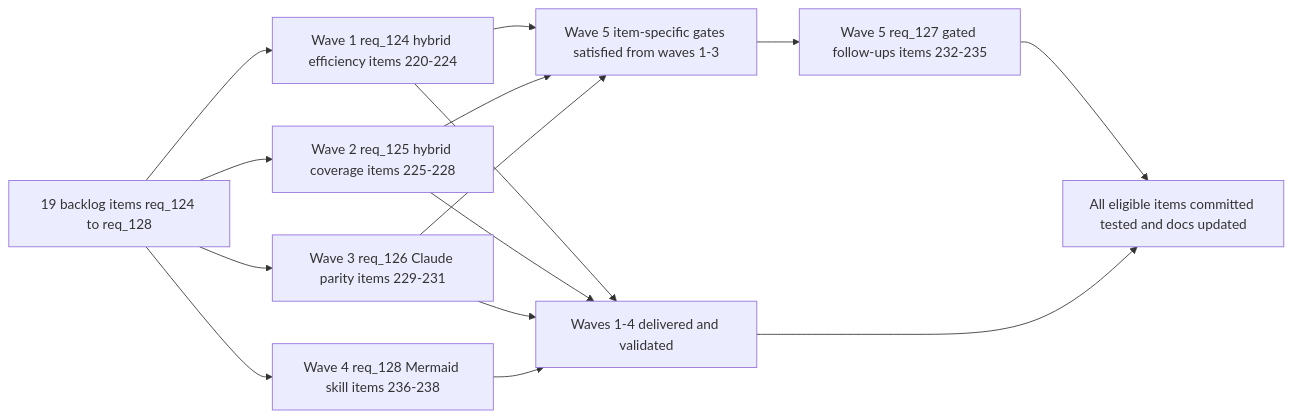
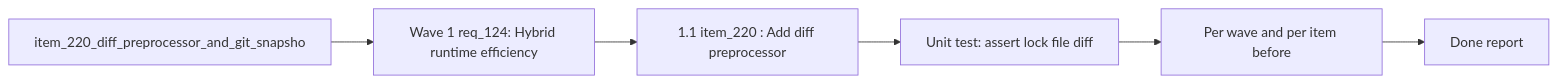
The diagram in logics/tasks/task_112_orchestration_delivery_for_req_124_to_req_128_across_hybrid_efficiency_claude_parity_and_mermaid_skill.md (AlexAgo83/logics-manager), drawn with Mermaid before and after one commit. The commit also changed other lines of this file and 481 other files, not shown here.

````diff
--- a/logics/tasks/task_112_orchestration_delivery_for_req_124_to_req_128_across_hybrid_efficiency_claude_parity_and_mermaid_skill.md
+++ b/logics/tasks/task_112_orchestration_delivery_for_req_124_to_req_128_across_hybrid_efficiency_claude_parity_and_mermaid_skill.md
@@ -46,19 +46,10 @@
 ```mermaid
 %% logics-kind: task
 %% logics-signature: task|orchestration-delivery-for-req-124-to-re|item-220-diff-preprocessor-and-git-snaps|wave-1-req-124-hybrid-runtime-efficiency|per-wave-and-per-item-before
 flowchart LR
-    Start[19 backlog items req_124 to req_128] --> W1[Wave 1 req_124 hybrid efficiency items 220-224]
-    Start --> W2[Wave 2 req_125 hybrid coverage items 225-228]
-    Start --> W3[Wave 3 req_126 Claude parity items 229-231]
-    Start --> W4[Wave 4 req_128 Mermaid skill items 236-238]
-    W1 --> Gates[Wave 5 item-specific gates satisfied from waves 1-3]
-    W2 --> Gates
-    W3 --> Gates
-    Gates --> W5[Wave 5 req_127 gated follow-ups items 232-235]
-    W1 --> Base[Waves 1-4 delivered and validated]
-    W2 --> Base
-    W3 --> Base
-    W4 --> Base
-    W5 --> Done[All eligible items committed tested and docs updated]
-    Base --> Done
+    Backlog[item_220_diff_preprocessor_and_git_snapsho] --> Step1[Wave 1 req_124: Hybrid runtime efficiency]
+    Step1 --> Step2[1.1 item_220 : Add diff preprocessor]
+    Step2 --> Step3[Unit test: assert lock file diff]
+    Step3 --> Validation[Per wave and per item before]
+    Validation --> Report[Done report]
 ```
````
